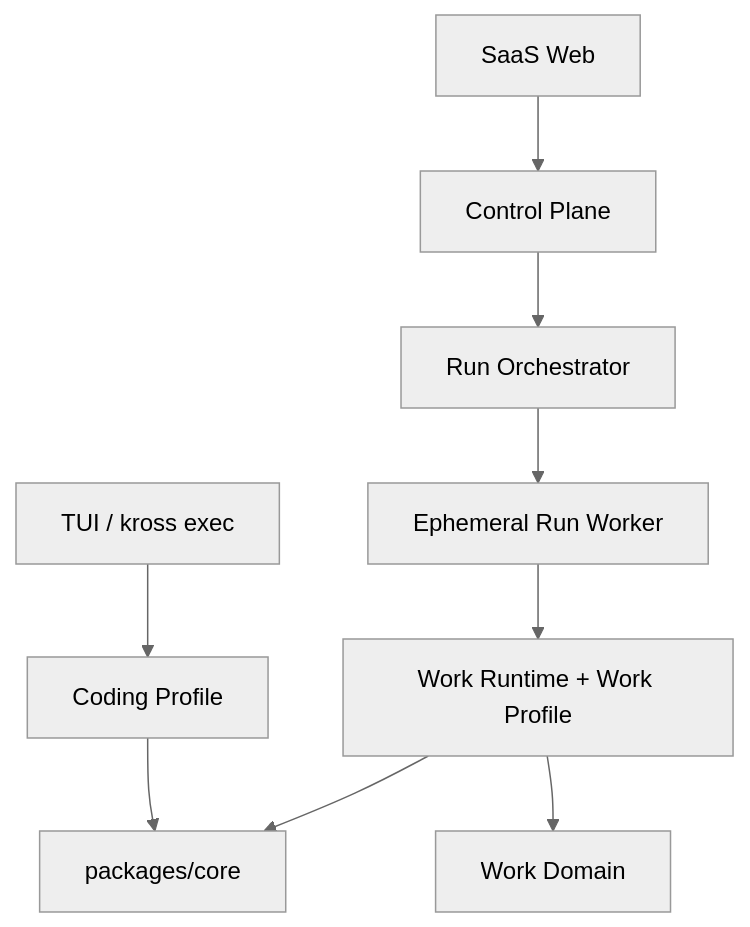
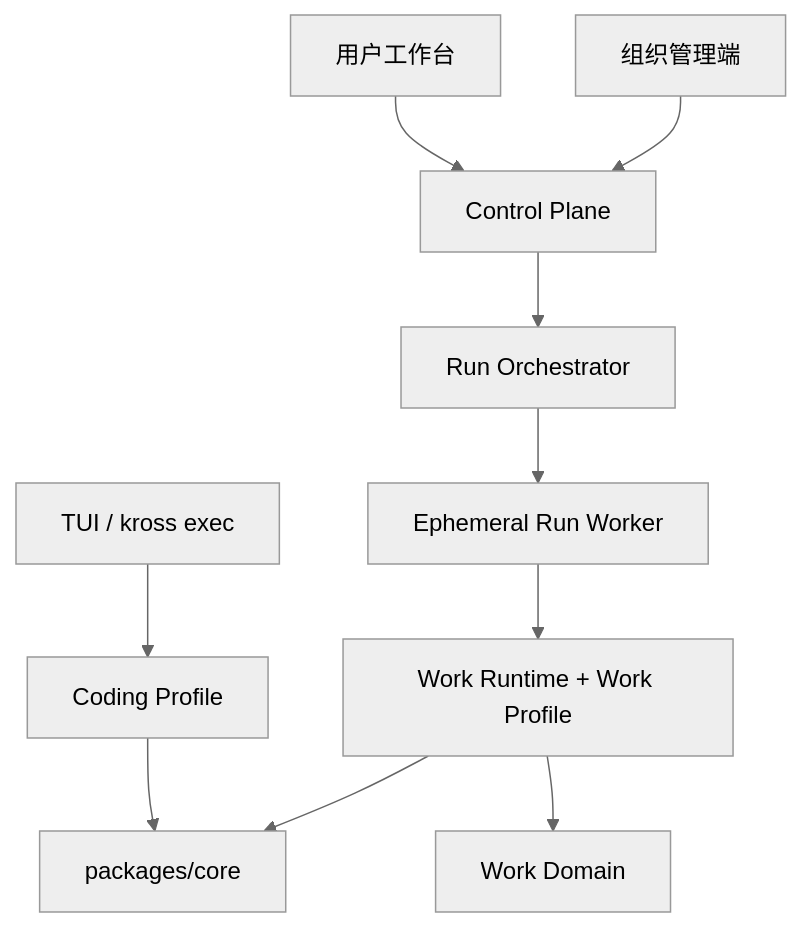
One commit to zzc-101/Kross changed the first of 3 diagrams in docs/proposals/saas-work-agent-implementation.md. Above: the diagram before and after it, drawn with Mermaid (neutral theme). The commit also changed other lines of this file, not shown here.

````diff
--- a/docs/proposals/saas-work-agent-implementation.md
+++ b/docs/proposals/saas-work-agent-implementation.md
@@ -62,12 +92,13 @@
 ```mermaid
 flowchart TB
     TUI["TUI / kross exec"] --> CODING["Coding Profile"]
     CODING --> CORE["packages/core"]
 
-    WEB["SaaS Web"] --> SERVER["Control Plane"]
+    WEB["用户工作台"] --> SERVER["Control Plane"]
+    ADMIN["组织管理端"] --> SERVER
     SERVER --> ORCH["Run Orchestrator"]
     ORCH --> WORKER["Ephemeral Run Worker"]
     WORKER --> WORK["Work Runtime + Work Profile"]
     WORK --> CORE
     WORK --> DOMAIN["Work Domain"]
 ```
````
